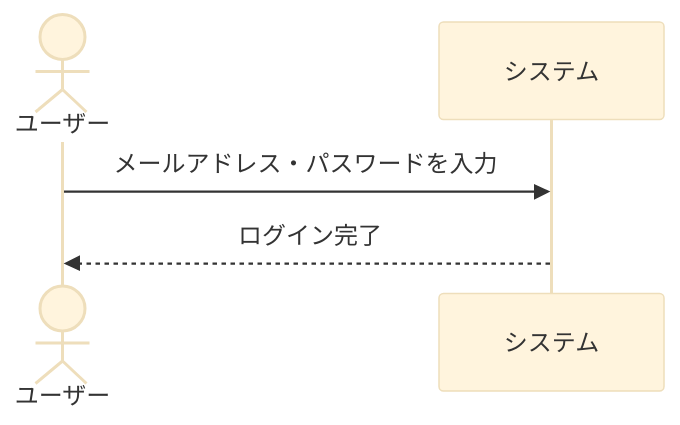
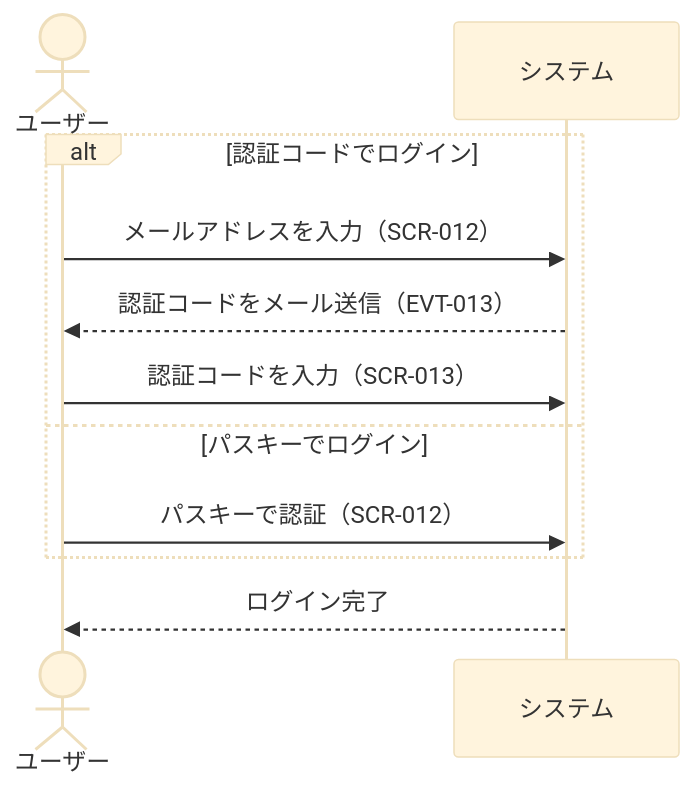
The third of 4 diagrams in rdra/contexts/user-authentication.md (gdsc-osaka/iclub-reserve), drawn with Mermaid (base theme) before and after one commit. The commit also changed other lines of this file and 10 other files, not shown here.

````diff
--- a/rdra/contexts/user-authentication.md
+++ b/rdra/contexts/user-authentication.md
@@ -123,8 +153,14 @@
 ```mermaid
 sequenceDiagram
     actor ユーザー
     participant システム
 
-    ユーザー->>システム: メールアドレス・パスワードを入力
+    alt 認証コードでログイン
+        ユーザー->>システム: メールアドレスを入力（SCR-012）
+        システム-->>ユーザー: 認証コードをメール送信（EVT-013）
+        ユーザー->>システム: 認証コードを入力（SCR-013）
+    else パスキーでログイン
+        ユーザー->>システム: パスキーで認証（SCR-012）
+    end
     システム-->>ユーザー: ログイン完了
 ```
````
